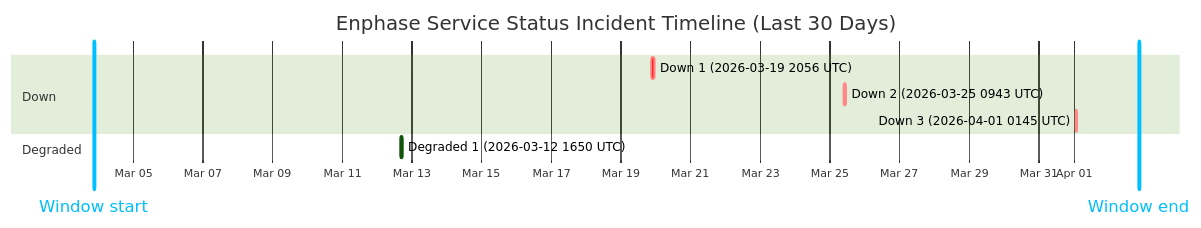
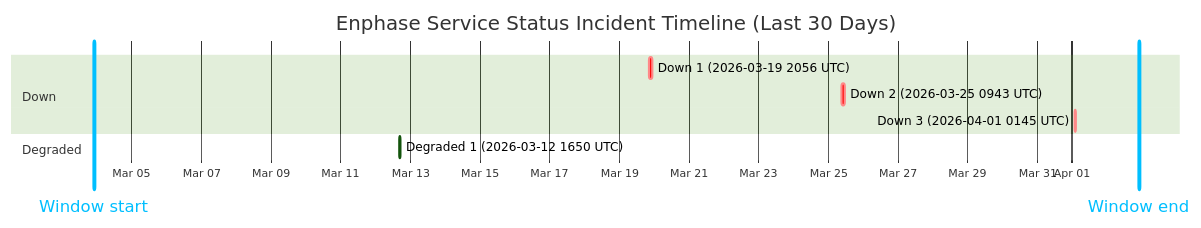
The diagram in wiki/Service-Status-History.md (barneyonline/ha-enphase-ev-charger), drawn with Mermaid (forest theme) before and after one commit. The commit also changed other lines of this file and 3 other files, not shown here.

````diff
--- a/wiki/Service-Status-History.md
+++ b/wiki/Service-Status-History.md
@@ -14,14 +14,14 @@
 ```mermaid
 gantt
     title Enphase Service Status Incident Timeline (Last 30 Days)
     dateFormat  YYYY-MM-DDTHH:mm:ss
     axisFormat  %b %d
-    Window start :vert, window-start, 2026-03-03T21:01:50, 0ms
-    Window end :vert, window-end, 2026-04-02T21:01:50, 0ms
+    Window start :vert, window-start, 2026-03-03T22:00:57, 0ms
+    Window end :vert, window-end, 2026-04-02T22:00:57, 0ms
     section Down
     Down 1 (2026-03-19 2056 UTC) :crit, down-1, 2026-03-19T20:56:20, 145m
     Down 2 (2026-03-25 0943 UTC) :crit, down-2, 2026-03-25T09:43:28, 111m
     Down 3 (2026-04-01 0145 UTC) :crit, down-3, 2026-04-01T01:45:09, 60m
     section Degraded
     Degraded 1 (2026-03-12 1650 UTC) :active, degraded-1, 2026-03-12T16:50:43, 60m
 ```
````
